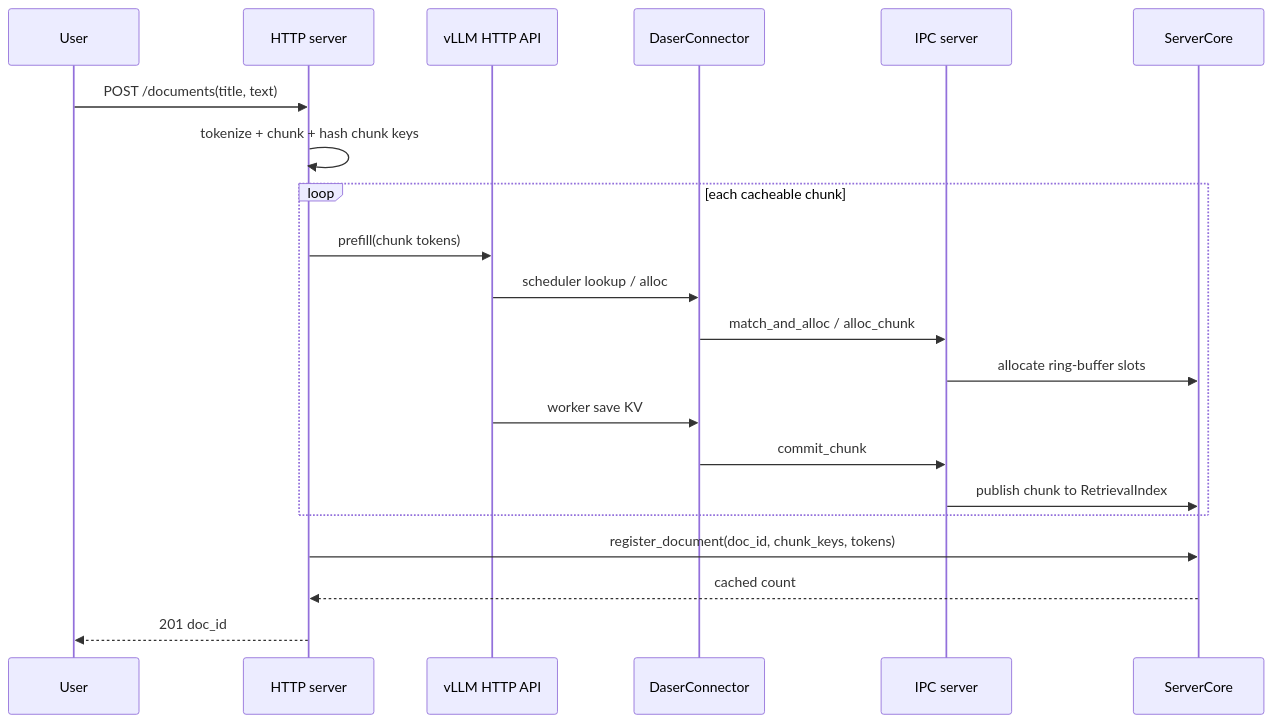
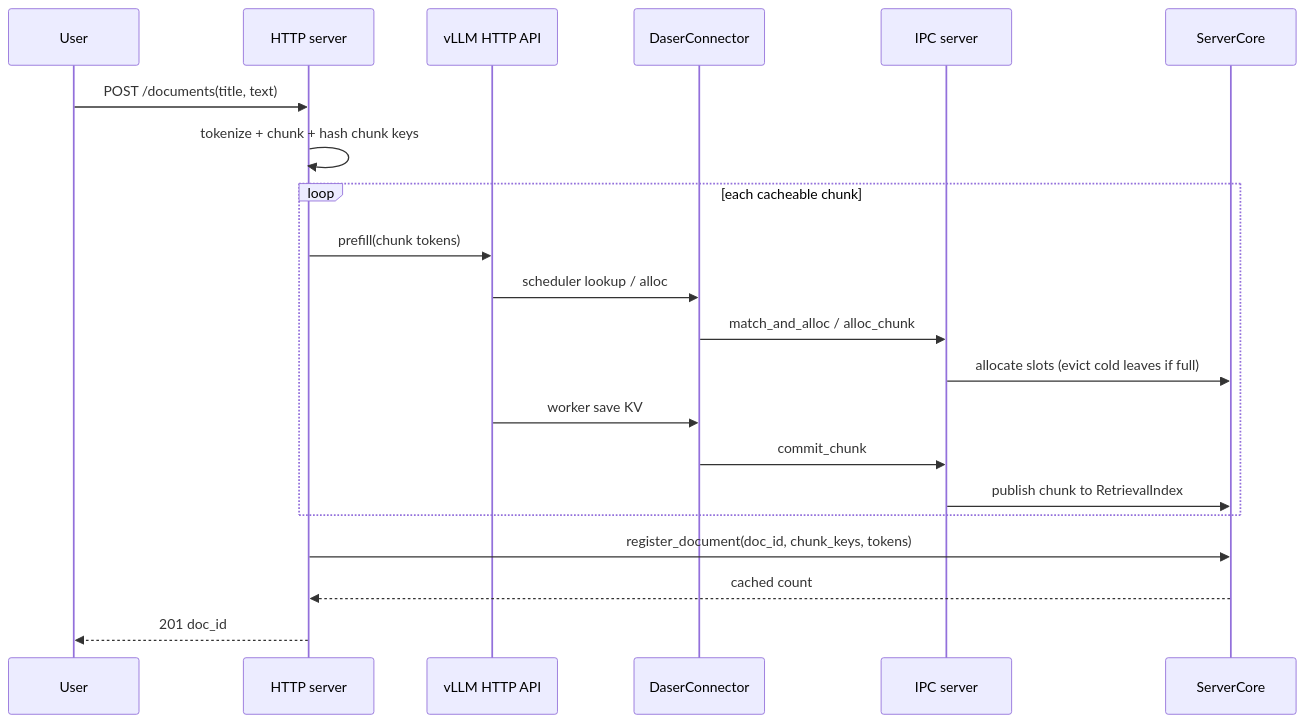
Before and after one commit to 7774596/DaseR: the first of 8 diagrams in docs/design/flows.md, drawn with Mermaid. The commit also changed other lines of this file and 38 other files, not shown here.

````diff
--- a/docs/design/flows.md
+++ b/docs/design/flows.md
@@ -10,24 +10,24 @@
 ```mermaid
 sequenceDiagram
     participant U as User
     participant HTTP as HTTP server
     participant V as vLLM HTTP API
     participant DC as DaserConnector
     participant IPC as IPC server
     participant C as ServerCore
 
     U->>HTTP: POST /documents(title, text)
     HTTP->>HTTP: tokenize + chunk + hash chunk keys
     loop each cacheable chunk
         HTTP->>V: prefill(chunk tokens)
         V->>DC: scheduler lookup / alloc
         DC->>IPC: match_and_alloc / alloc_chunk
-        IPC->>C: allocate ring-buffer slots
+        IPC->>C: allocate slots (evict cold leaves if full)
         V->>DC: worker save KV
         DC->>IPC: commit_chunk
         IPC->>C: publish chunk to RetrievalIndex
     end
     HTTP->>C: register_document(doc_id, chunk_keys, tokens)
     C-->>HTTP: cached count
     HTTP-->>U: 201 doc_id
 ```
````
